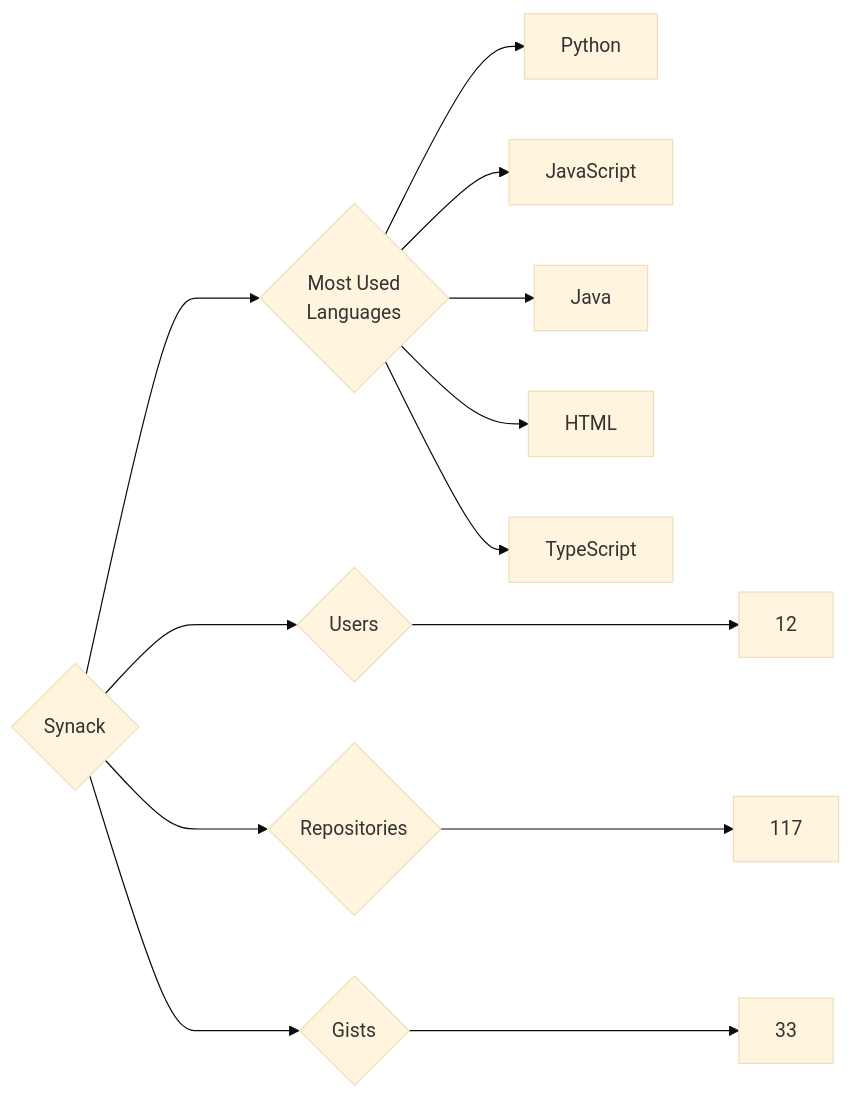
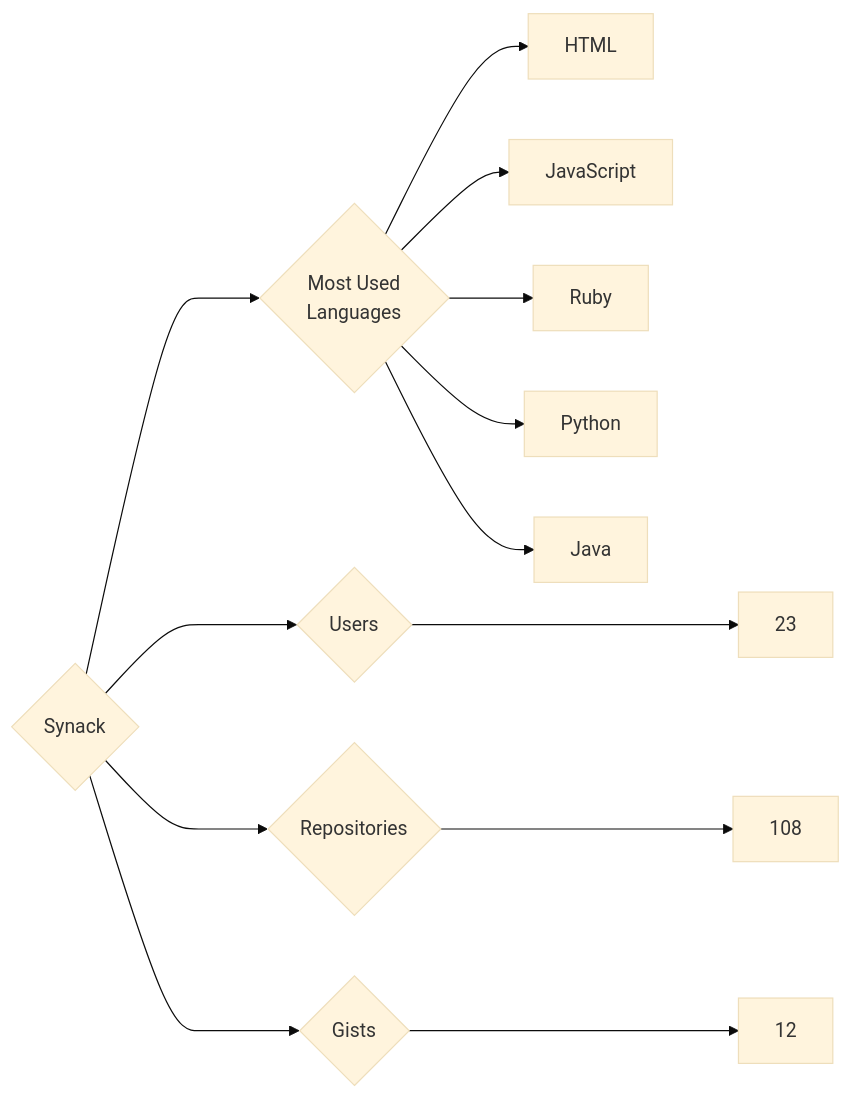
The diagram in targets/Synack/README.md (trickest/insiders), drawn with Mermaid (base theme) before and after one commit. The commit also changed 728 other files, not shown here.

````diff
--- a/targets/Synack/README.md
+++ b/targets/Synack/README.md
@@ -3,13 +3,13 @@
 ```mermaid
 graph LR
 COMPANY_NAME{Synack}
-COMPANY_NAME ---> U{Users} ---> UN[12]
-COMPANY_NAME ---> R{Repositories} ---> RN[117]
-COMPANY_NAME ---> G{Gists} ---> GN[33]
+COMPANY_NAME ---> U{Users} ---> UN[23]
+COMPANY_NAME ---> R{Repositories} ---> RN[108]
+COMPANY_NAME ---> G{Gists} ---> GN[12]
 COMPANY_NAME ---> ML{Most Used<br>Languages}
+ML --> HTML[HTML]
+ML --> JavaScript[JavaScript]
+ML --> Ruby[Ruby]
 ML --> Python[Python]
-ML --> JavaScript[JavaScript]
 ML --> Java[Java]
-ML --> HTML[HTML]
-ML --> TypeScript[TypeScript]
 ```
````
